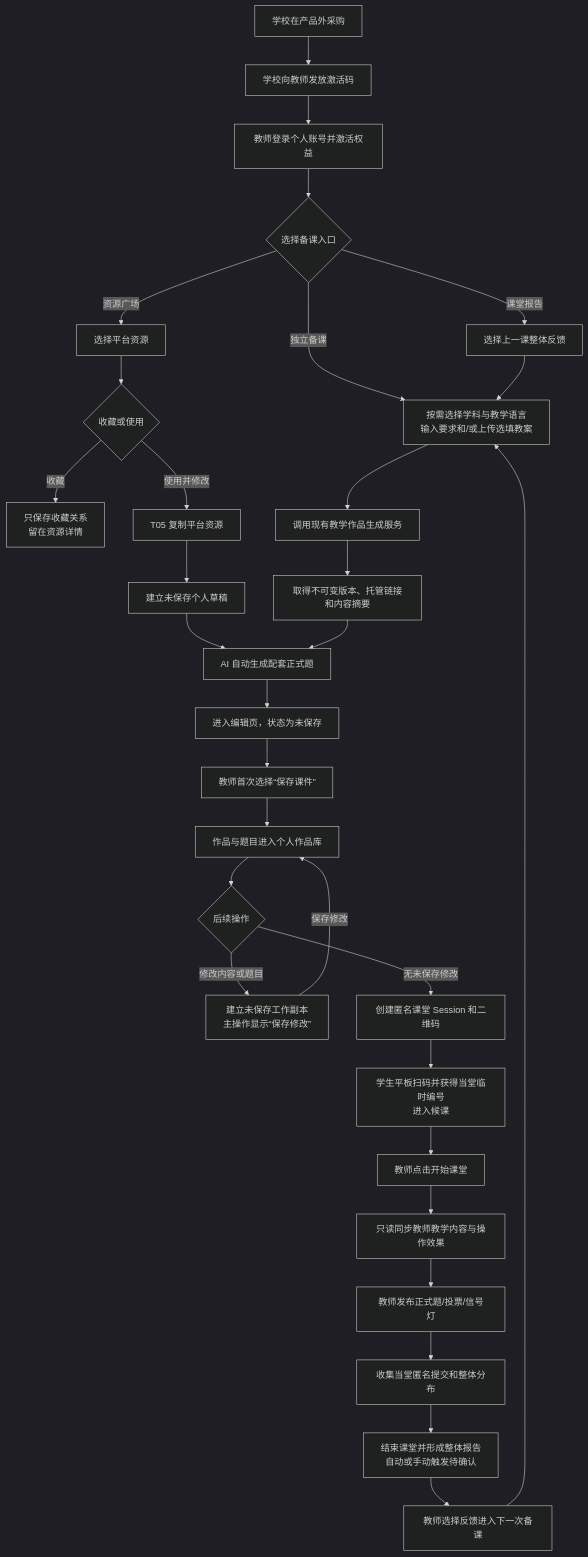
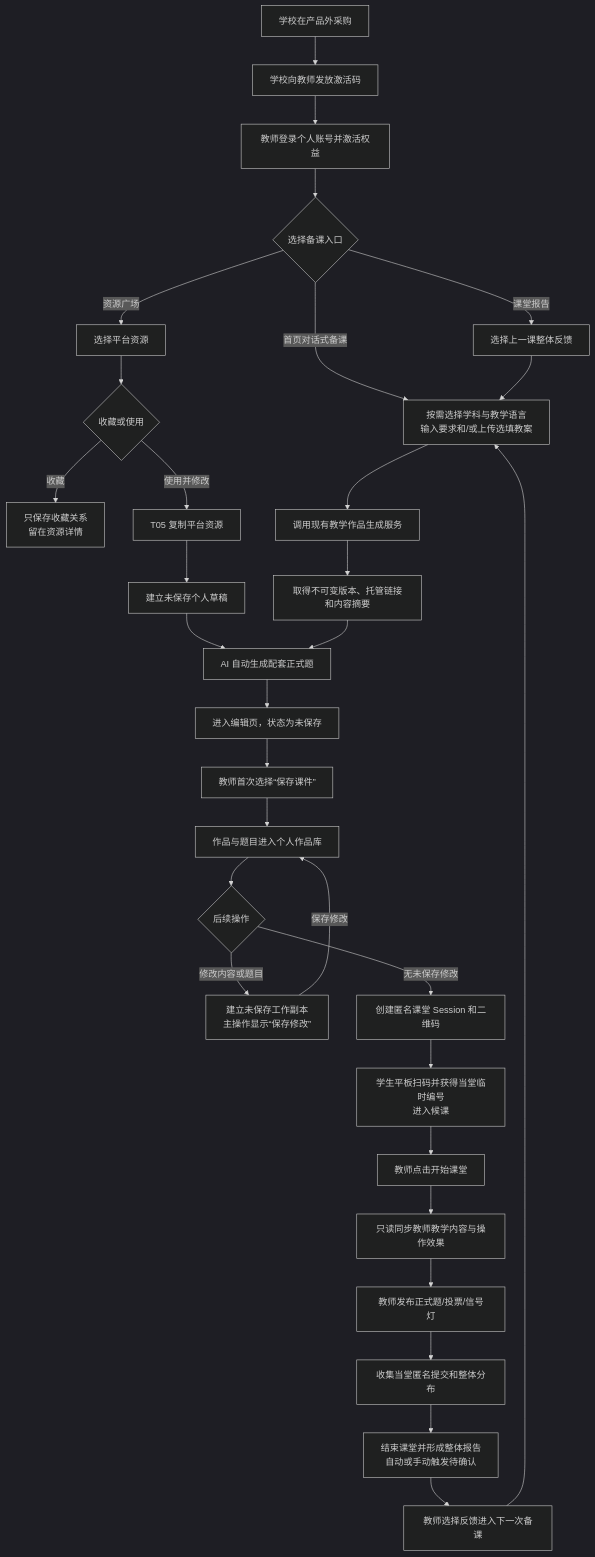
One commit to AlettaOkori/Hongkong-K12 changed the second of 2 diagrams in teeko-v2-vs-legacy-demo.md. Above: the diagram before and after it, drawn with Mermaid (dark theme). The commit also changed other lines of this file and 7 other files, not shown here.

````diff
--- a/teeko-v2-vs-legacy-demo.md
+++ b/teeko-v2-vs-legacy-demo.md
@@ -132,33 +132,33 @@
 ```mermaid
 flowchart TD
     A[学校在产品外采购] --> B[学校向教师发放激活码]
     B --> C[教师登录个人账号并激活权益]
     C --> D{选择备课入口}
-    D -->|独立备课| E[按需选择学科与教学语言\n输入要求和/或上传选填教案]
+    D -->|首页对话式备课| E[按需选择学科与教学语言\n输入要求和/或上传选填教案]
     D -->|资源广场| F[选择平台资源]
     D -->|课堂报告| G[选择上一课整体反馈]
     F --> F1{收藏或使用}
     F1 -->|收藏| F2[只保存收藏关系\n留在资源详情]
     F1 -->|使用并修改| H[T05 复制平台资源]
     G --> E
     E --> I[调用现有教学作品生成服务]
     H --> H2[建立未保存个人草稿]
     H2 --> K[AI 自动生成配套正式题]
     I --> J[取得不可变版本、托管链接和内容摘要]
     J --> K[AI 自动生成配套正式题]
     K --> L[进入编辑页，状态为未保存]
     L --> M[教师首次选择“保存课件”]
     M --> N[作品与题目进入个人作品库]
     N --> N0{后续操作}
     N0 -->|修改内容或题目| N1[建立未保存工作副本\n主操作显示“保存修改”]
     N1 -->|保存修改| N
     N0 -->|无未保存修改| O[创建匿名课堂 Session 和二维码]
     O --> P[学生平板扫码并获得当堂临时编号\n进入候课]
     P --> P2[教师点击开始课堂]
     P2 --> Q[只读同步教师教学内容与操作效果]
     Q --> R[教师发布正式题/投票/信号灯]
     R --> S[收集当堂匿名提交和整体分布]
     S --> T[结束课堂并形成整体报告\n自动或手动触发待确认]
     T --> U[教师选择反馈进入下一次备课]
     U --> E
 ```
````
